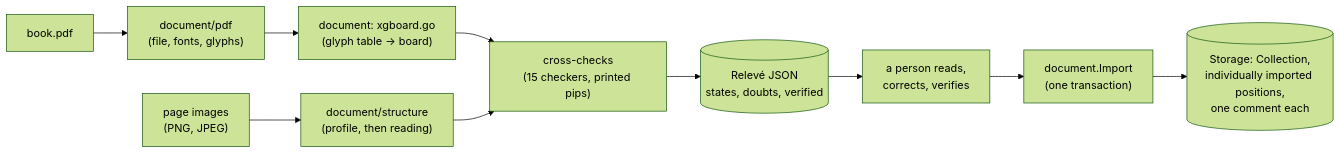
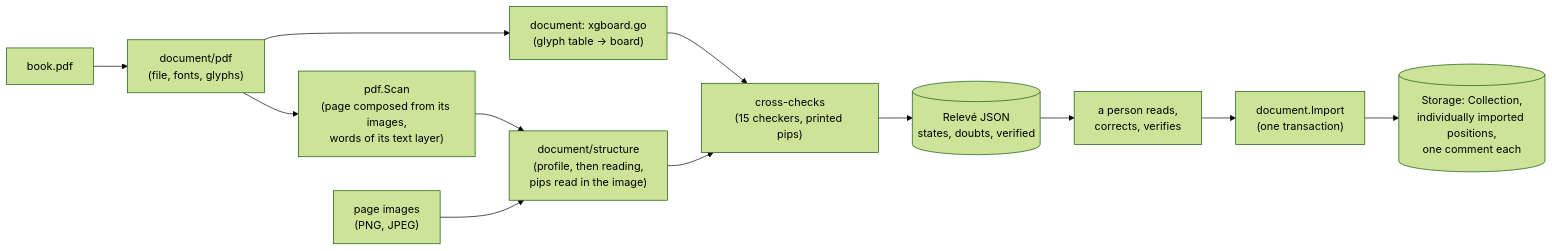
One commit to kevung/blunderDB changed the fourth of 4 diagrams in ARCHITECTURE.md. Above: the diagram before and after it, drawn with Mermaid (forest theme). The commit also changed other lines of this file and 6 other files, not shown here.

Commit message:
docs(document): PDF scannés et pips lus dans l'image (ARCHITECTURE §4, CONTEXT, doc des paquets, CLI_USAGE)

````diff
--- a/ARCHITECTURE.md
+++ b/ARCHITECTURE.md
@@ -122,12 +122,14 @@
 ```mermaid
 flowchart LR
     PDF["book.pdf"] --> READER["document/pdf\n(file, fonts, glyphs)"]
     READER --> GLYPHS["document: xgboard.go\n(glyph table → board)"]
     GLYPHS --> CHECK["cross-checks\n(15 checkers, printed pips)"]
-    IMAGES["page images\n(PNG, JPEG)"] --> STRUCT["document/structure\n(profile, then reading)"]
+    READER --> SCAN["pdf.Scan\n(page composed from its images,\nwords of its text layer)"]
+    SCAN --> STRUCT
+    IMAGES["page images\n(PNG, JPEG)"] --> STRUCT["document/structure\n(profile, then reading,\npips read in the image)"]
     STRUCT --> CHECK
     CHECK --> RELEVE[("Relevé JSON\nstates, doubts, verified")]
     RELEVE --> PERSON["a person reads,\ncorrects, verifies"]
     PERSON --> IMPORT["document.Import\n(one transaction)"]
     IMPORT --> STORAGE3[("Storage: Collection,\nindividually imported positions,\none comment each")]
 ```
````
